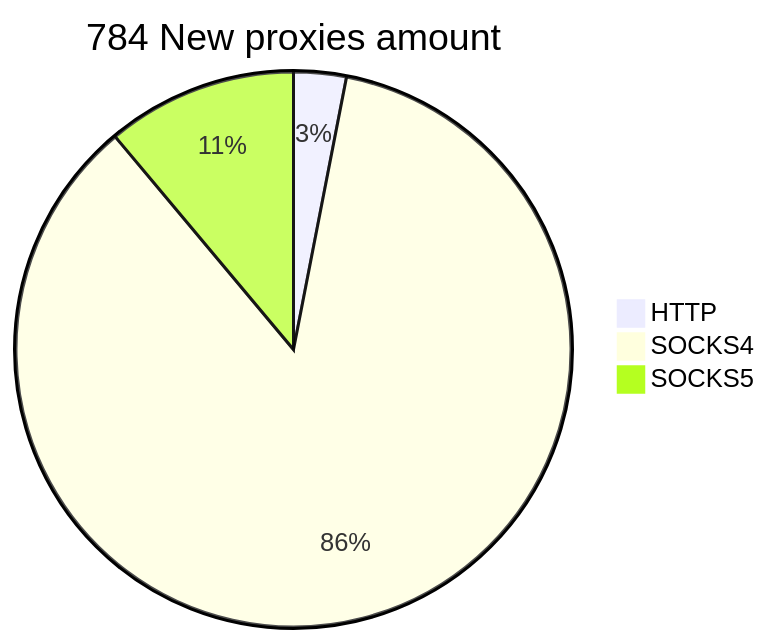
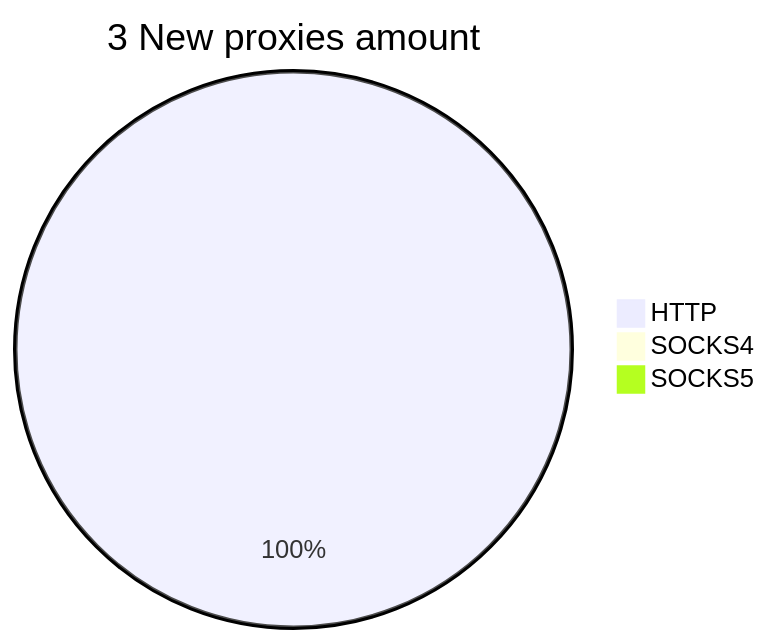
Before and after one commit to cutipu/proxylist: the second of 2 diagrams in README.md, drawn with Mermaid. The commit also changed other lines of this file, not shown here.

````diff
--- a/README.md
+++ b/README.md
@@ -10,6 +10,6 @@
 ```mermaid
-pie title 784 New proxies amount
-    "HTTP" : 24
-    "SOCKS4" : 673
-    "SOCKS5" : 87
+pie title 3 New proxies amount
+    "HTTP" : 3
+    "SOCKS4" : 0
+    "SOCKS5" : 0
 ```
````
